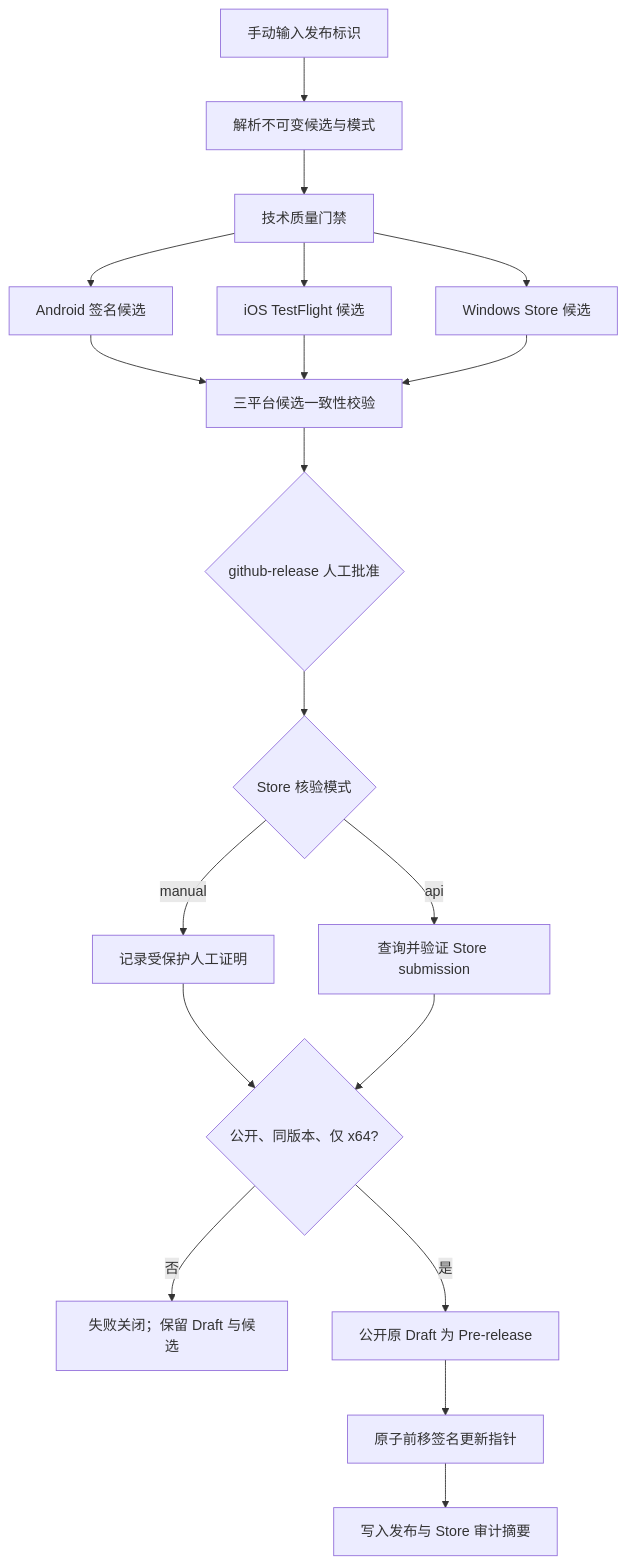
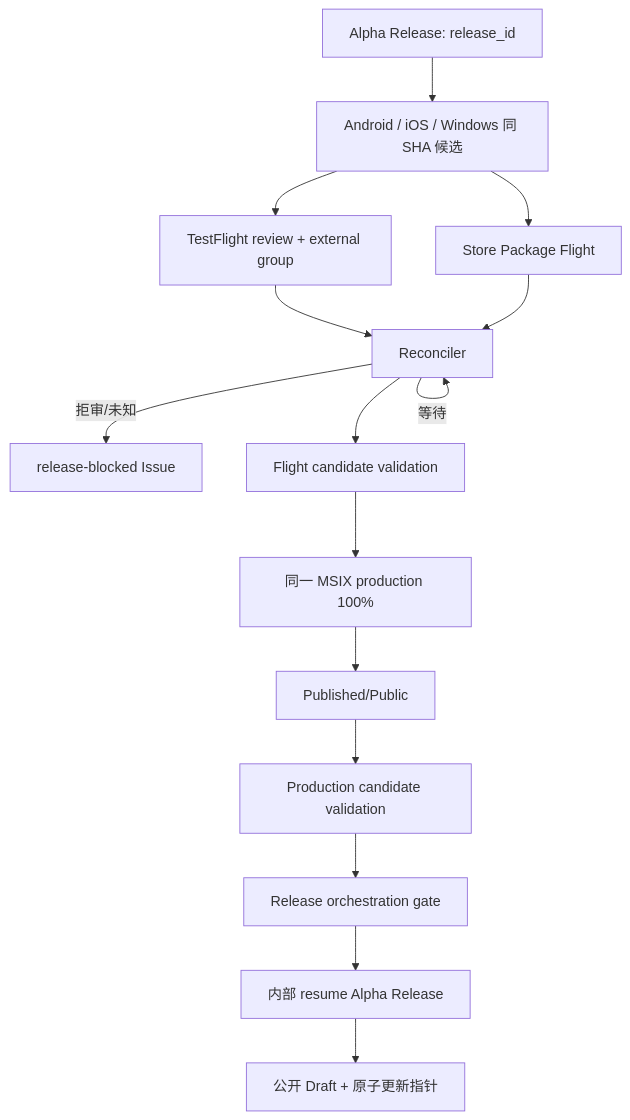
The diagram in spec/spec-process-cicd-alpha-release.md (zhangheng2022/meet_trace), drawn with Mermaid before and after one commit. The commit also changed other lines of this file and 27 other files, not shown here.

````diff
--- a/spec/spec-process-cicd-alpha-release.md
+++ b/spec/spec-process-cicd-alpha-release.md
@@ -22,21 +26,17 @@
 ```mermaid
 flowchart TD
-  A[手动输入发布标识] --> B[解析不可变候选与模式]
-  B --> C[技术质量门禁]
-  C --> D[Android 签名候选]
-  C --> E[iOS TestFlight 候选]
-  C --> F[Windows Store 候选]
-  D --> G[三平台候选一致性校验]
-  E --> G
-  F --> G
-  G --> H{github-release 人工批准}
-  H --> I{Store 核验模式}
-  I -->|manual| J[记录受保护人工证明]
-  I -->|api| K[查询并验证 Store submission]
-  J --> L{公开、同版本、仅 x64?}
-  K --> L
-  L -->|否| O[失败关闭；保留 Draft 与候选]
-  L -->|是| M[公开原 Draft 为 Pre-release]
-  M --> N[原子前移签名更新指针]
-  N --> P[写入发布与 Store 审计摘要]
+  A[Alpha Release: release_id] --> B[Android / iOS / Windows 同 SHA 候选]
+  B --> C[TestFlight review + external group]
+  B --> D[Store Package Flight]
+  C --> E[Reconciler]
+  D --> E
+  E -->|等待| E
+  E -->|拒审/未知| X[release-blocked Issue]
+  E --> F[Flight candidate validation]
+  F --> G[同一 MSIX production 100%]
+  G --> H[Published/Public]
+  H --> I[Production candidate validation]
+  I --> J[Release orchestration gate]
+  J --> K[内部 resume Alpha Release]
+  K --> L[公开 Draft + 原子更新指针]
 ```
````
